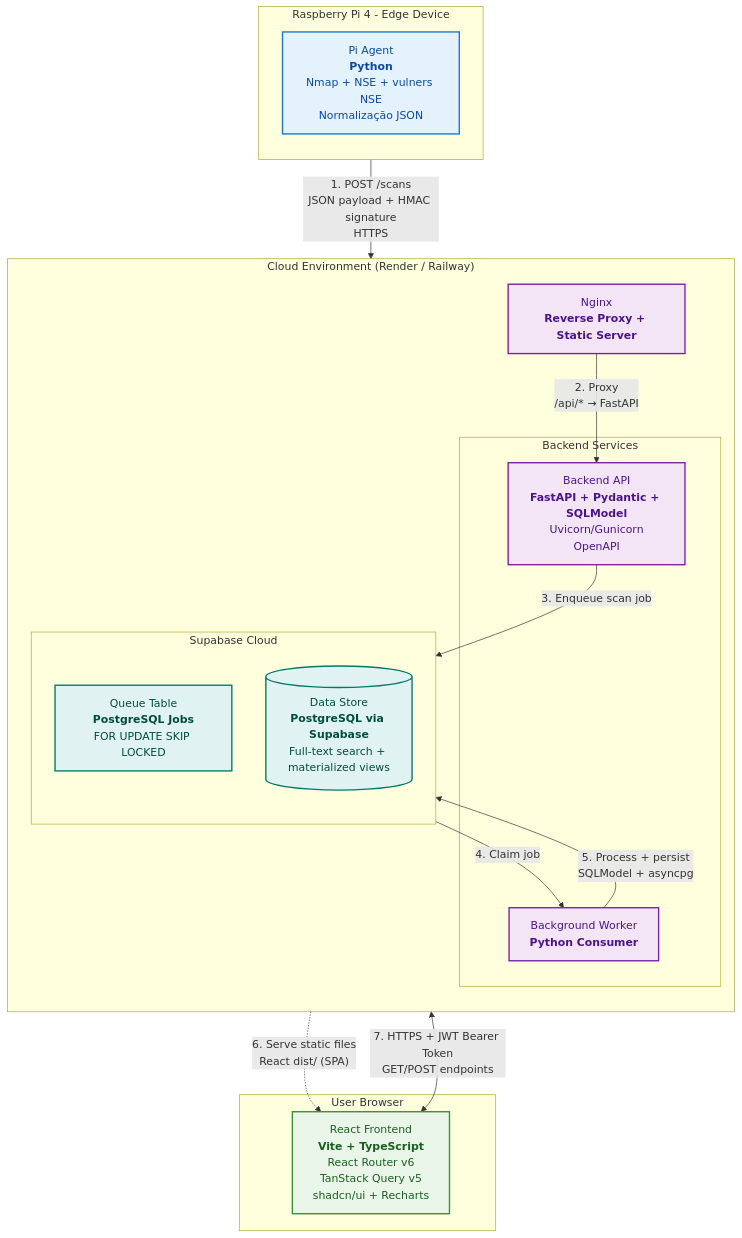
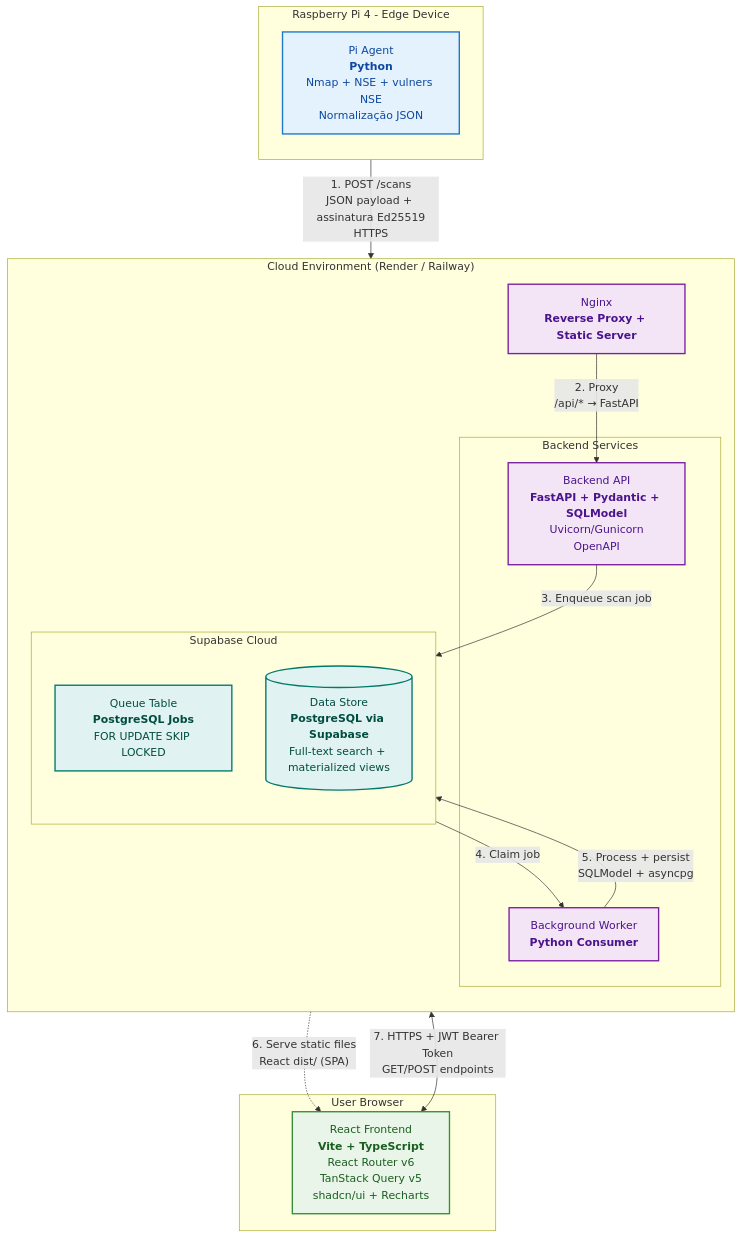
The diagram in docs/diagrams/ComponentDiagram.mmd (Dmitri-IMT/dmitri), drawn with Mermaid before and after one commit. The commit also changed 30 other files, not shown here.

```diff
--- a/docs/diagrams/ComponentDiagram.mmd
+++ b/docs/diagrams/ComponentDiagram.mmd
@@ -1,51 +1,51 @@
 flowchart TB
     %% === EDGE DEVICE ===
     subgraph "Raspberry Pi 4 - Edge Device"
         direction TB
         A[Pi Agent<br/><b>Python</b><br/>Nmap + NSE + vulners NSE<br/>Normalização JSON]
     end
 
     %% === CLOUD ===
     subgraph "Cloud Environment (Render / Railway)"
         direction TB
         NGINX[Nginx<br/><b>Reverse Proxy + Static Server</b>]
         
         subgraph "Backend Services"
             B[Backend API<br/><b>FastAPI + Pydantic + SQLModel</b><br/>Uvicorn/Gunicorn<br/>OpenAPI]
             W[Background Worker<br/><b>Python Consumer</b>]
         end
 
         %% === SUPABASE (EXTERNO) ===
         subgraph "Supabase Cloud"
             direction TB
             Q[Queue Table<br/><b>PostgreSQL Jobs</b><br/>FOR UPDATE SKIP LOCKED]
             D[(Data Store<br/><b>PostgreSQL via Supabase</b><br/>Full-text search + materialized views)]
         end
 
     end
 
     %% === BROWSER ===
     subgraph "User Browser"
         C[React Frontend<br/><b>Vite + TypeScript</b><br/>React Router v6<br/>TanStack Query v5<br/>shadcn/ui + Recharts]
     end
 
     %% === FLUXOS ===
-    A -->|"1. POST /scans<br/>JSON payload + HMAC signature<br/>HTTPS"| NGINX
+    A -->|"1. POST /scans<br/>JSON payload + assinatura Ed25519<br/>HTTPS"| NGINX
     NGINX -->|"2. Proxy<br/>/api/* → FastAPI"| B
     
     B -->|"3. Enqueue scan job"| Q
     Q -->|"4. Claim job"| W
     W -->|"5. Process + persist<br/>SQLModel + asyncpg"| D
     
     NGINX -.->|"6. Serve static files<br/>React dist/ (SPA)"| C
     C <-->|"7. HTTPS + JWT Bearer Token<br/>GET/POST endpoints"| NGINX
 
     classDef edge fill:#e3f2fd,stroke:#1976d2,stroke-width:2px,color:#0d47a1
     classDef cloud fill:#f3e5f5,stroke:#7b1fa2,stroke-width:2px,color:#4a148c
     classDef supabase fill:#e0f2f1,stroke:#00796b,stroke-width:2px,color:#004d40
     classDef browser fill:#e8f5e8,stroke:#388e3c,stroke-width:2px,color:#1b5e20
 
     class A edge
     class NGINX,B,W cloud
     class Q,D supabase
     class C browser
```
